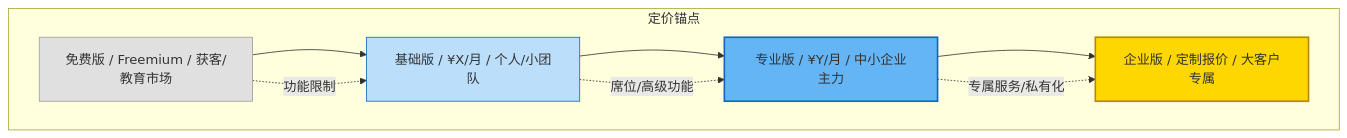
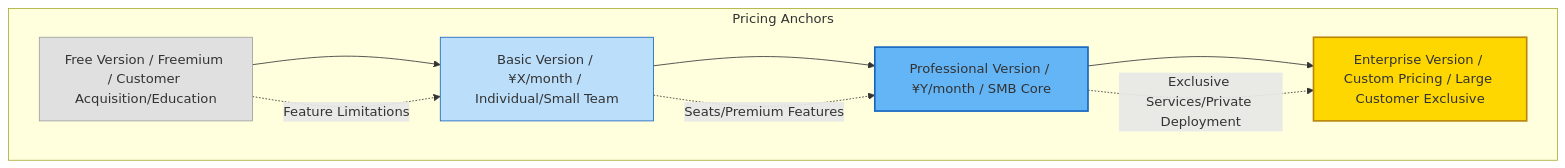
Before and after one commit to Kirky-X/cangjie: the eighth of 15 diagrams in templates/【模板】商业模式文档.md, drawn with Mermaid. The commit also changed other lines of this file and 12 other files, not shown here.

````diff
--- a/templates/【模板】商业模式文档.md
+++ b/templates/【模板】商业模式文档.md
@@ -290,22 +290,22 @@
 ```mermaid
 graph TB
-    subgraph 定价锚点
-        P1[免费版 / Freemium / 获客/教育市场]
-        P2[基础版 / ¥X/月 / 个人/小团队]
-        P3[专业版 / ¥Y/月 / 中小企业主力]
-        P4[企业版 / 定制报价 / 大客户专属]
+    subgraph Pricing Anchors
+        P1[Free Version / Freemium / Customer Acquisition/Education]
+        P2[Basic Version / ¥X/month / Individual/Small Team]
+        P3[Professional Version / ¥Y/month / SMB Core]
+        P4[Enterprise Version / Custom Pricing / Large Customer Exclusive]
     end
 
     P1 --> P2
     P2 --> P3
     P3 --> P4
 
-    P1 -.->|功能限制| P2
-    P2 -.->|席位/高级功能| P3
-    P3 -.->|专属服务/私有化| P4
+    P1 -.->|Feature Limitations| P2
+    P2 -.->|Seats/Premium Features| P3
+    P3 -.->|Exclusive Services/Private Deployment| P4
 
     style P1 fill:#e0e0e0,stroke:#9e9e9e
     style P2 fill:#bbdefb,stroke:#1565c0
     style P3 fill:#64b5f6,stroke:#1565c0,stroke-width:2px
     style P4 fill:#ffd700,stroke:#b8860b,stroke-width:2px
 ```
````
